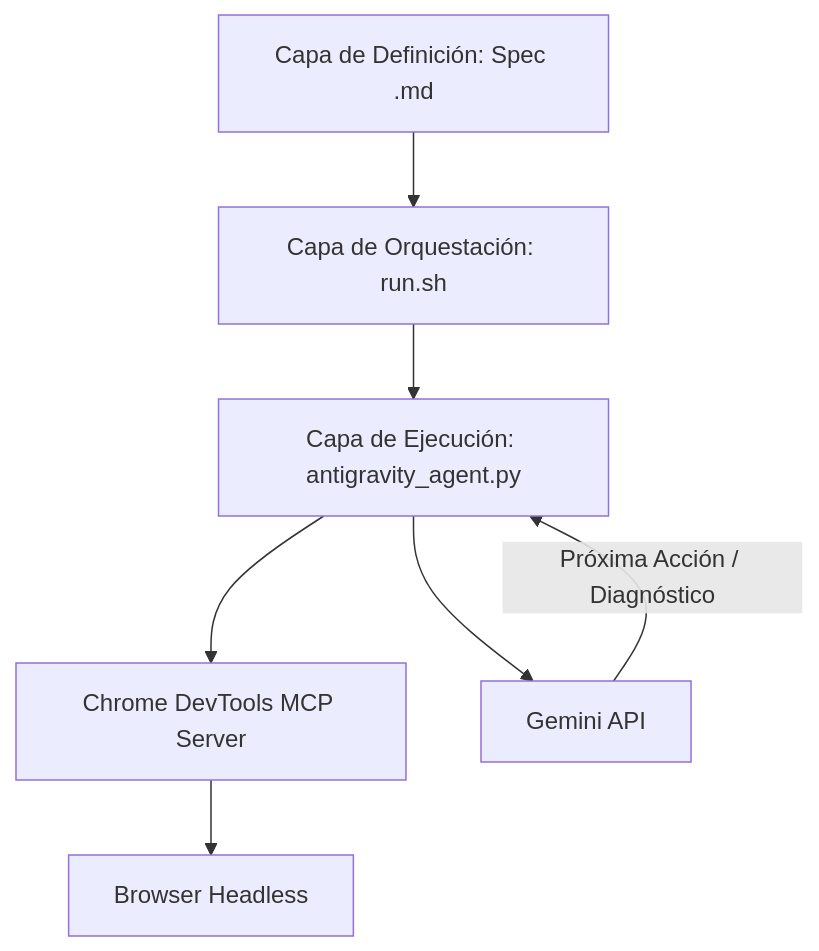
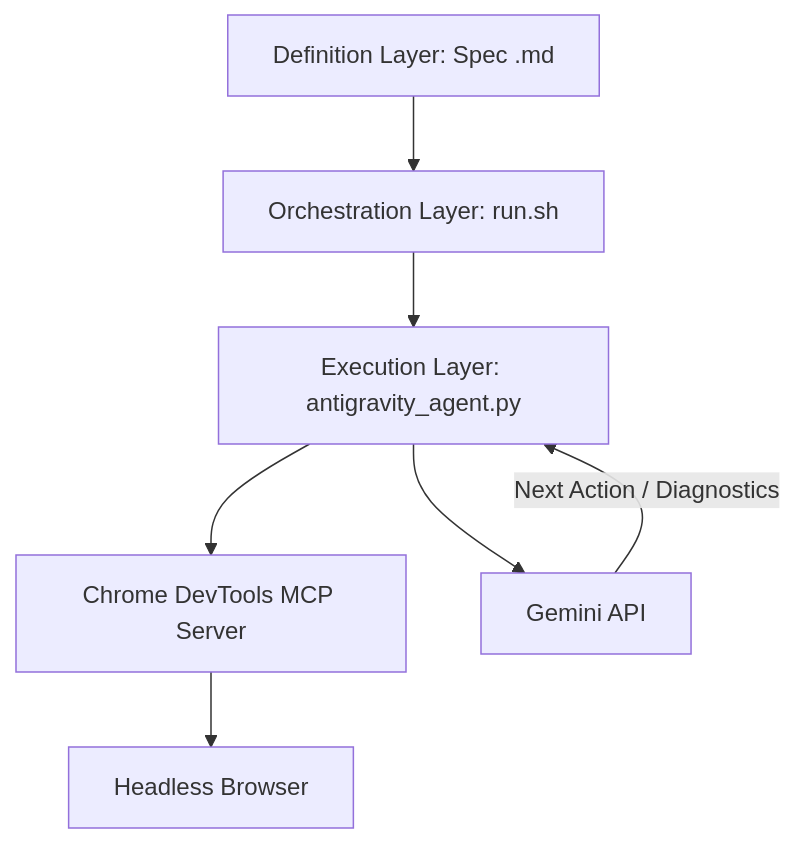
The diagram in README.md (lperezp/web-flow-agent), drawn with Mermaid before and after one commit. The commit also changed other lines of this file and 2 other files, not shown here.

````diff
--- a/README.md
+++ b/README.md
@@ -11,9 +11,9 @@
 ```mermaid
 graph TD
-    Spec[Capa de Definición: Spec .md] --> Orchestrator[Capa de Orquestación: run.sh]
-    Orchestrator --> Executor[Capa de Ejecución: antigravity_agent.py]
+    Spec[Definition Layer: Spec .md] --> Orchestrator[Orchestration Layer: run.sh]
+    Orchestrator --> Executor[Execution Layer: antigravity_agent.py]
     Executor --> MCP[Chrome DevTools MCP Server]
-    MCP --> Browser[Browser Headless]
+    MCP --> Browser[Headless Browser]
     Executor --> Gemini[Gemini API]
-    Gemini -->|Próxima Acción / Diagnóstico| Executor
+    Gemini -->|Next Action / Diagnostics| Executor
 ```
````
